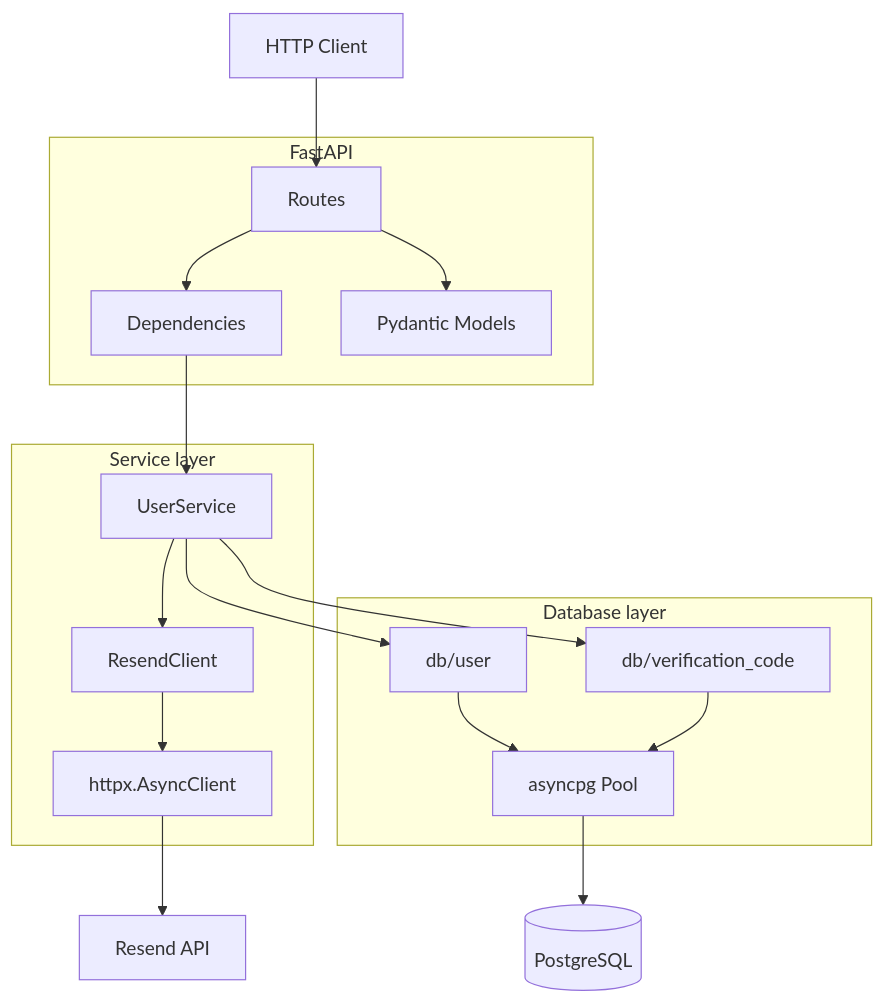
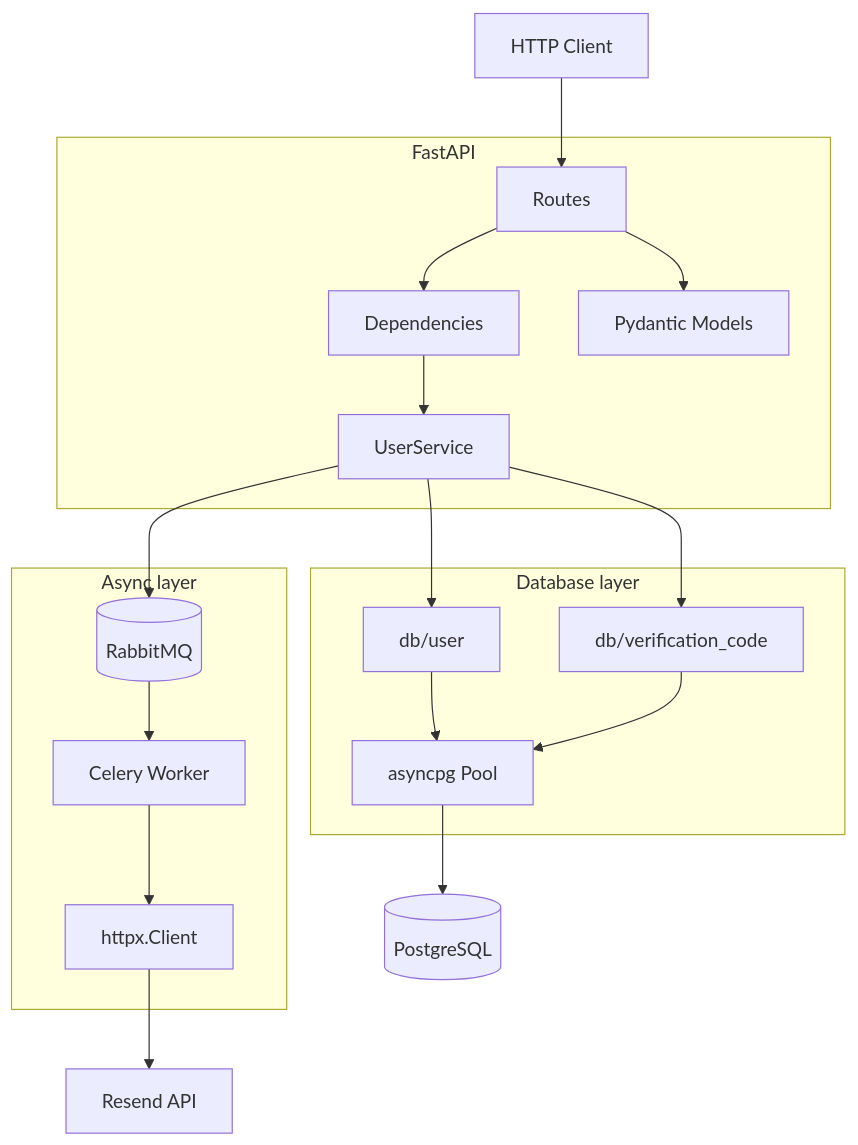
The second of 4 diagrams in README.md (zelazna/test_dailymotion), drawn with Mermaid before and after one commit. The commit also changed other lines of this file and 14 other files, not shown here.

Commit message:
[worker] Use celery and rmq instead of background tasks

````diff
--- a/README.md
+++ b/README.md
@@ -59,38 +61,43 @@
 ```mermaid
 graph TD
     Client["HTTP Client"]
 
     subgraph API["FastAPI"]
         Routes["Routes"]
         Depends["Dependencies"]
         Models["Pydantic Models"]
     end
 
-    subgraph Services["Service layer"]
+    subgraph API["FastAPI"]
         UserService["UserService"]
-        ResendClient["ResendClient"]
-        HttpPool["httpx.AsyncClient"]
     end
 
     subgraph DB["Database layer"]
         Pool["asyncpg Pool"]
         UserDB["db/user"]
         CodeDB["db/verification_code"]
+    end
+
+    subgraph Async["Async layer"]
+        Queue[("RabbitMQ")]
+        Worker["Celery Worker"]
+        HttpPool["httpx.Client"]
     end
 
     External["Resend API"]
     Postgres[("PostgreSQL")]
 
     Client --> Routes
     Routes --> Depends
     Routes --> Models
     Depends --> UserService
-    UserService --> ResendClient
     UserService --> UserDB
     UserService --> CodeDB
     UserDB --> Pool
     CodeDB --> Pool
     Pool --> Postgres
-    ResendClient --> HttpPool
+    UserService --> Queue
+    Queue --> Worker
+    Worker --> HttpPool
     HttpPool --> External
 ```
````
